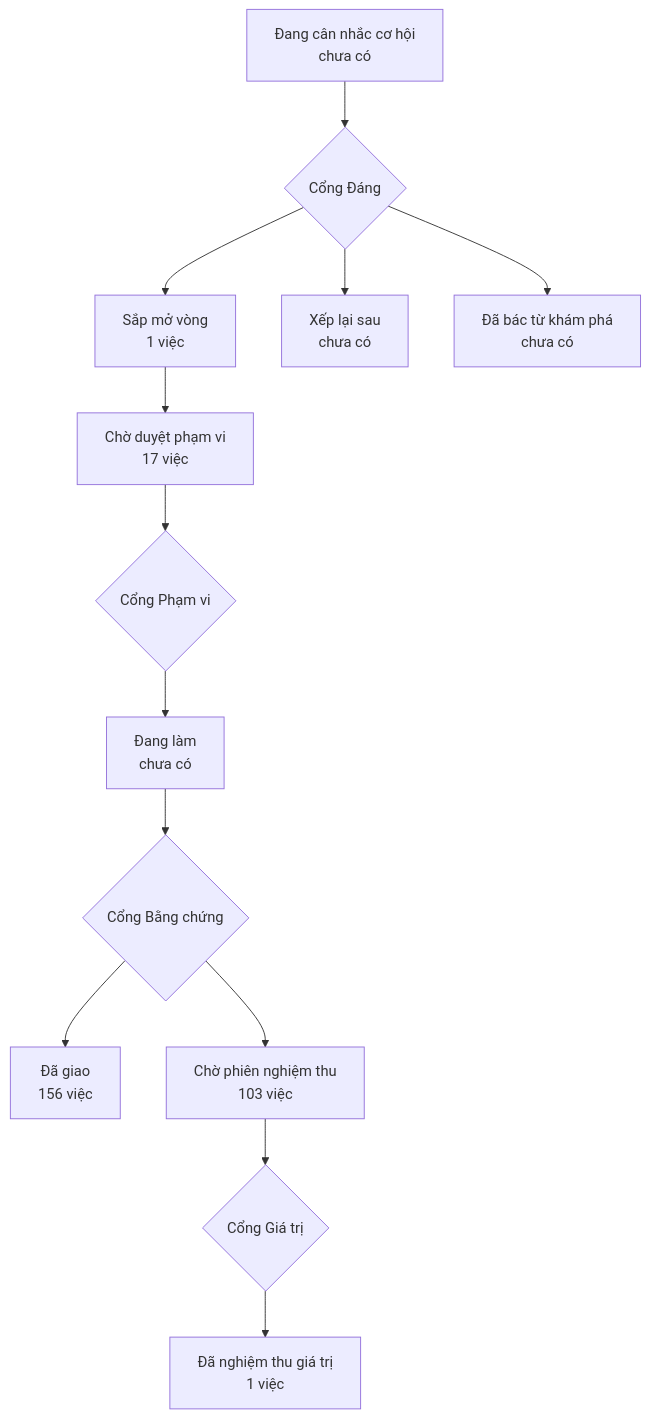
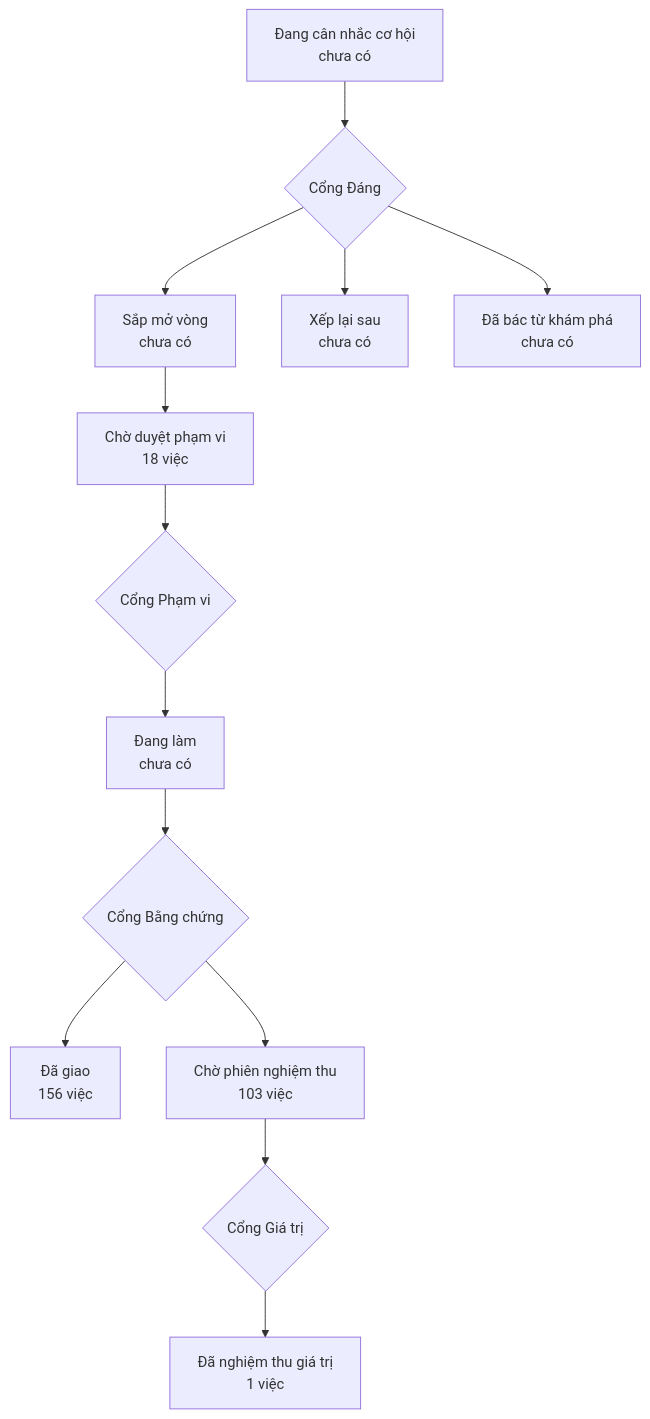
The diagram in PRODUCT-MAP.md (phanlemanh/onehub-invest), drawn with Mermaid before and after one commit. The commit also changed other lines of this file and 13 other files, not shown here.

Commit message:
docs(acceptance): DO3 do-lam-giau — thiết kế, hợp đồng 9 tiêu chí, evals, gap-probe; chờ Cổng Phạm vi

````diff
--- a/PRODUCT-MAP.md
+++ b/PRODUCT-MAP.md
@@ -7,12 +7,12 @@
 ```mermaid
 flowchart TD
   A["Đang cân nhắc cơ hội<br/>chưa có"] --> GD{"Cổng Đáng"}
-  GD --> B["Sắp mở vòng<br/>1 việc"]
+  GD --> B["Sắp mở vòng<br/>chưa có"]
   GD --> XL["Xếp lại sau<br/>chưa có"]
   GD --> DB["Đã bác từ khám phá<br/>chưa có"]
-  B --> CD["Chờ duyệt phạm vi<br/>17 việc"] --> GP{"Cổng Phạm vi"}
+  B --> CD["Chờ duyệt phạm vi<br/>18 việc"] --> GP{"Cổng Phạm vi"}
   GP --> DL["Đang làm<br/>chưa có"] --> GB{"Cổng Bằng chứng"}
   GB --> DG["Đã giao<br/>156 việc"]
   GB --> CN["Chờ phiên nghiệm thu<br/>103 việc"] --> GG{"Cổng Giá trị"}
   GG --> NT["Đã nghiệm thu giá trị<br/>1 việc"]
 ```
````
